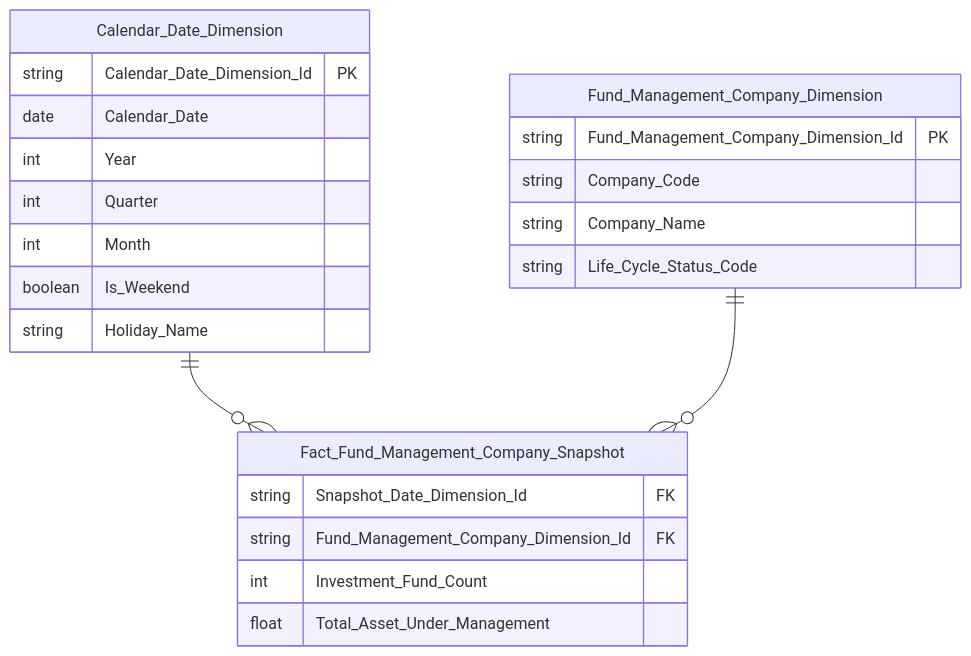
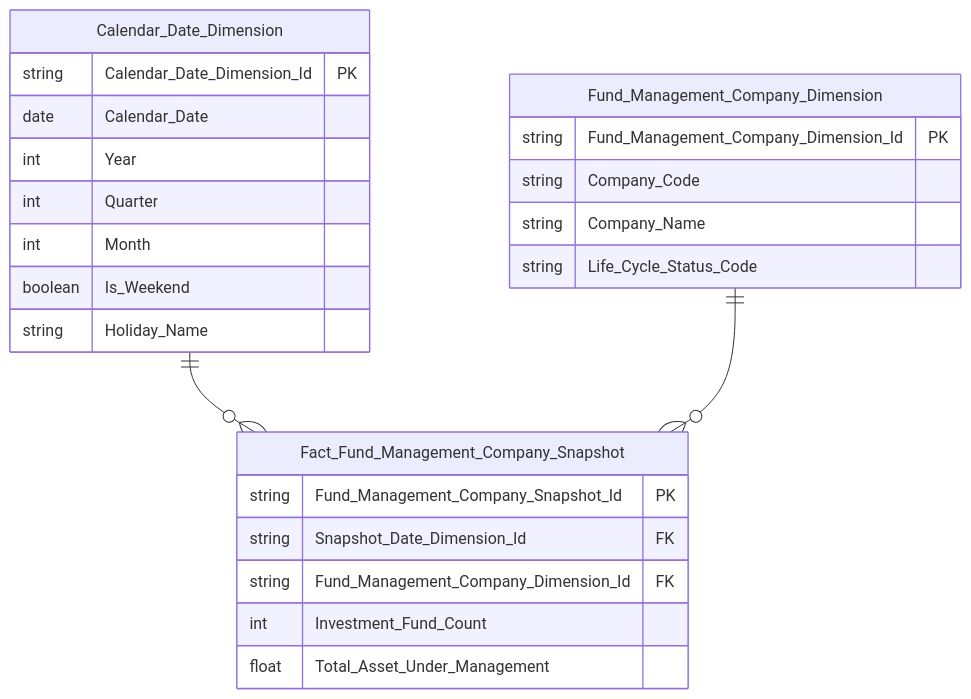
The first of 2 diagrams in .claude/skills/datamart-hld-design/examples/erdiagram_correct.md (linhlvit/ubck_atomic_design), drawn with Mermaid before and after one commit. The commit also changed 3 other files, not shown here.

````diff
--- a/.claude/skills/datamart-hld-design/examples/erdiagram_correct.md
+++ b/.claude/skills/datamart-hld-design/examples/erdiagram_correct.md
@@ -5,26 +5,27 @@
 ```mermaid
 erDiagram
     Calendar_Date_Dimension {
         string Calendar_Date_Dimension_Id PK
         date Calendar_Date
         int Year
         int Quarter
         int Month
         boolean Is_Weekend
         string Holiday_Name
     }
     Fund_Management_Company_Dimension {
         string Fund_Management_Company_Dimension_Id PK
         string Company_Code
         string Company_Name
         string Life_Cycle_Status_Code
     }
     Fact_Fund_Management_Company_Snapshot {
+        string Fund_Management_Company_Snapshot_Id PK
         string Snapshot_Date_Dimension_Id FK
         string Fund_Management_Company_Dimension_Id FK
         int Investment_Fund_Count
         float Total_Asset_Under_Management
     }
     Calendar_Date_Dimension ||--o{ Fact_Fund_Management_Company_Snapshot : " "
     Fund_Management_Company_Dimension ||--o{ Fact_Fund_Management_Company_Snapshot : " "
 ```
````
